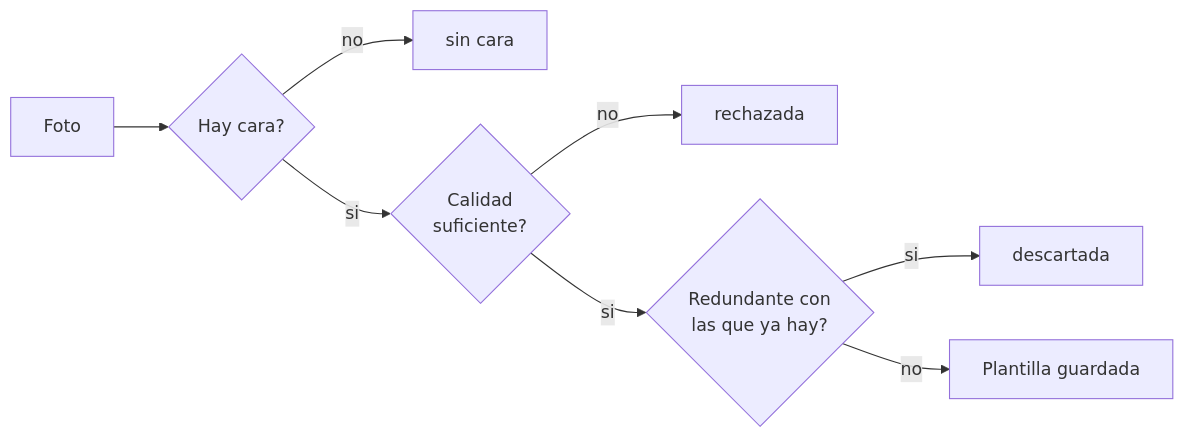
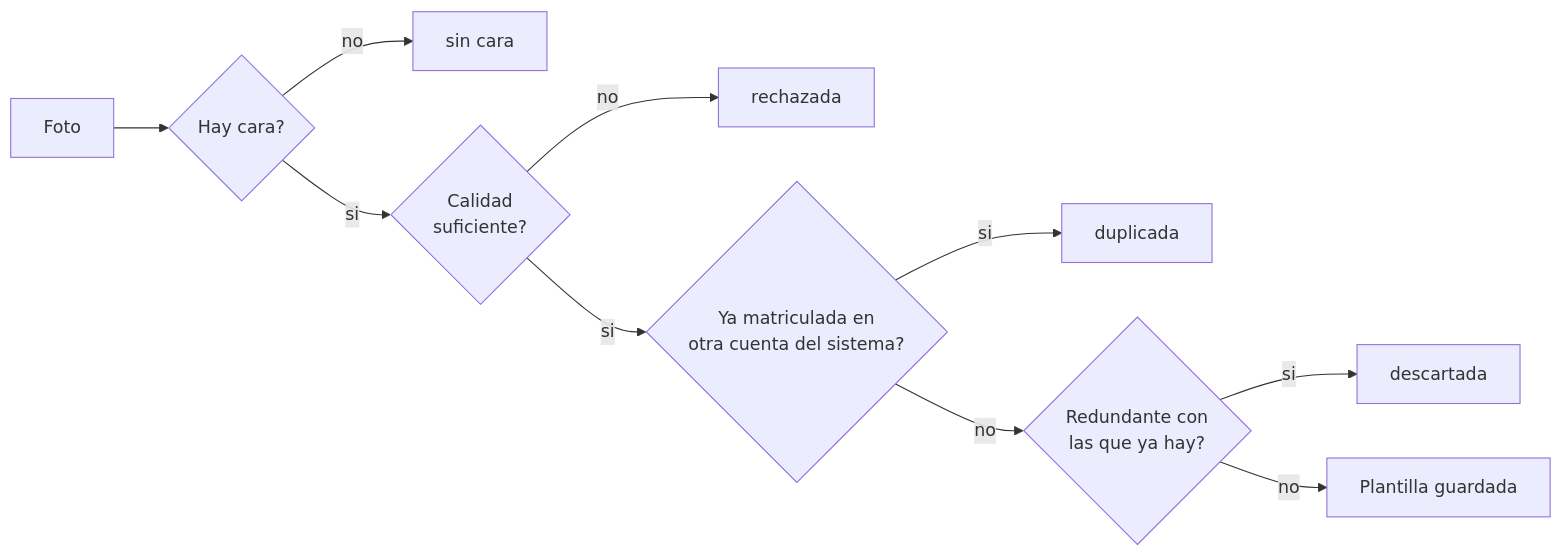
One commit to AIWaveSystems/biometric-service-py changed the diagram in docs/api/usuarios.md. Above: the diagram before and after it, drawn with Mermaid. The commit also changed other lines of this file and 6 other files, not shown here.

````diff
--- a/docs/api/usuarios.md
+++ b/docs/api/usuarios.md
@@ -164,10 +168,12 @@
 ```mermaid
 flowchart LR
     A[Foto] --> B{Hay cara?}
     B -->|no| X1[sin cara]
     B -->|si| C{Calidad<br/>suficiente?}
     C -->|no| X2[rechazada]
-    C -->|si| D{Redundante con<br/>las que ya hay?}
-    D -->|si| X3[descartada]
-    D -->|no| E[Plantilla guardada]
+    C -->|si| D{Ya matriculada en<br/>otra cuenta del sistema?}
+    D -->|si| X4[duplicada]
+    D -->|no| E{Redundante con<br/>las que ya hay?}
+    E -->|si| X3[descartada]
+    E -->|no| F[Plantilla guardada]
 ```
````
